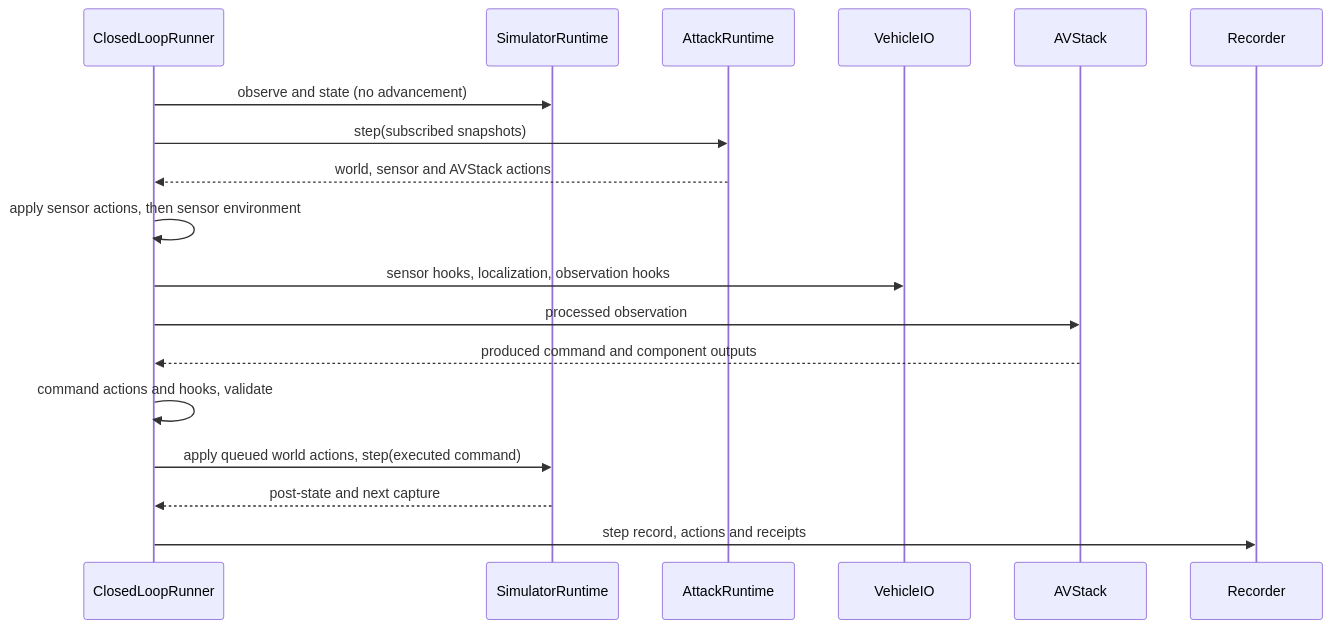
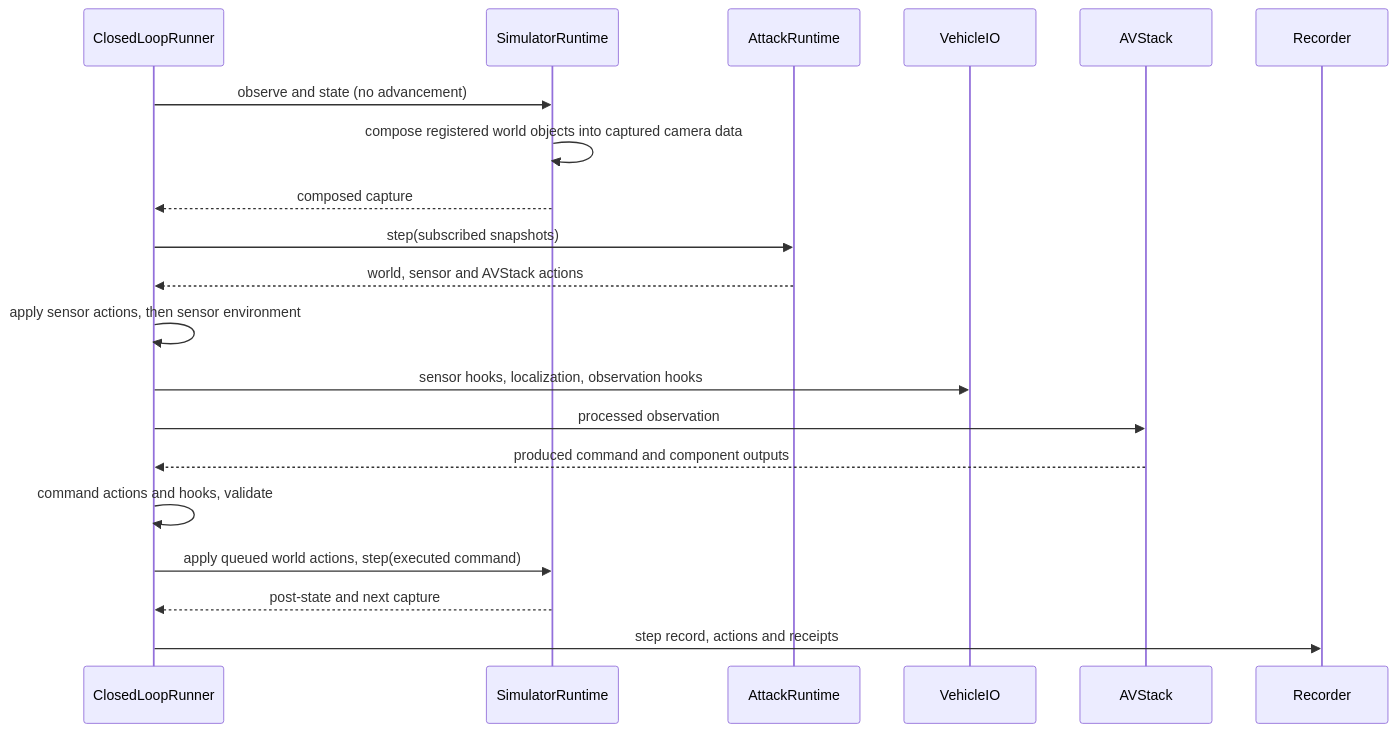
One commit to AVSecProject/AVSecTester changed the diagram in docs/reference/runtime.md. Above: the diagram before and after it, drawn with Mermaid. The commit also changed other lines of this file and 130 other files, not shown here.

````diff
--- a/docs/reference/runtime.md
+++ b/docs/reference/runtime.md
@@ -25,20 +25,22 @@
 ```mermaid
 sequenceDiagram
     participant R as ClosedLoopRunner
     participant S as SimulatorRuntime
     participant A as AttackRuntime
     participant V as VehicleIO
     participant D as AVStack
     participant L as Recorder
     R->>S: observe and state (no advancement)
+    S->>S: compose registered world objects into captured camera data
+    S-->>R: composed capture
     R->>A: step(subscribed snapshots)
     A-->>R: world, sensor and AVStack actions
     R->>R: apply sensor actions, then sensor environment
     R->>V: sensor hooks, localization, observation hooks
     R->>D: processed observation
     D-->>R: produced command and component outputs
     R->>R: command actions and hooks, validate
     R->>S: apply queued world actions, step(executed command)
     S-->>R: post-state and next capture
     R->>L: step record, actions and receipts
 ```
````
